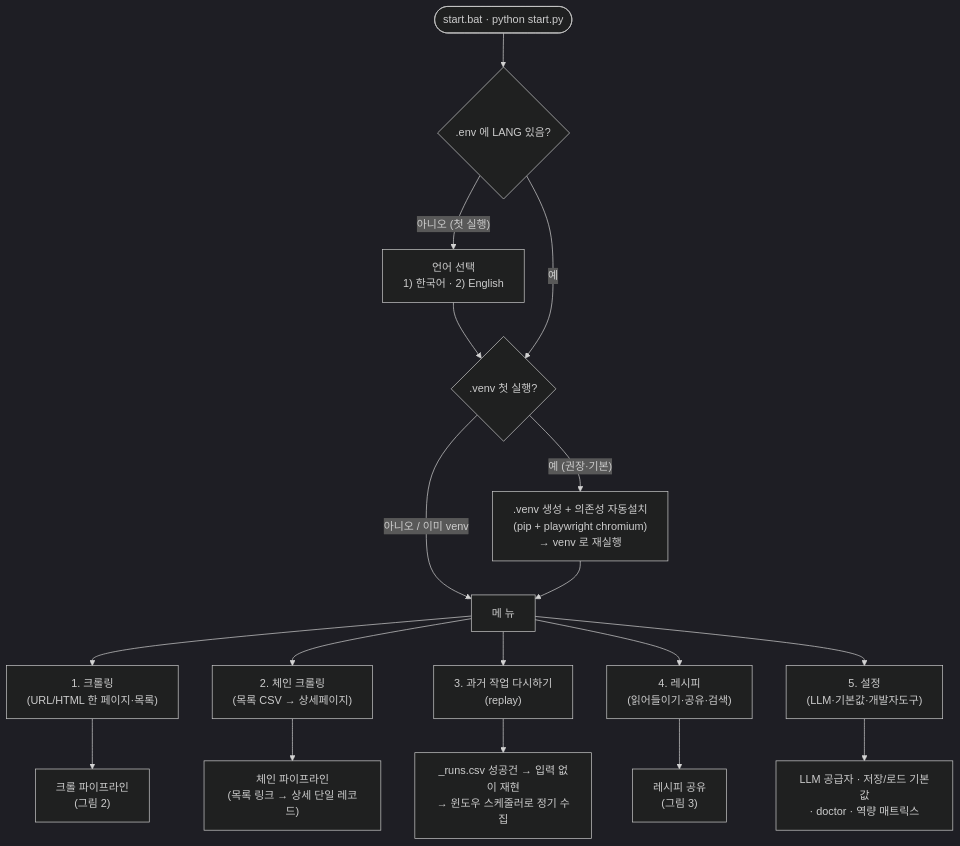
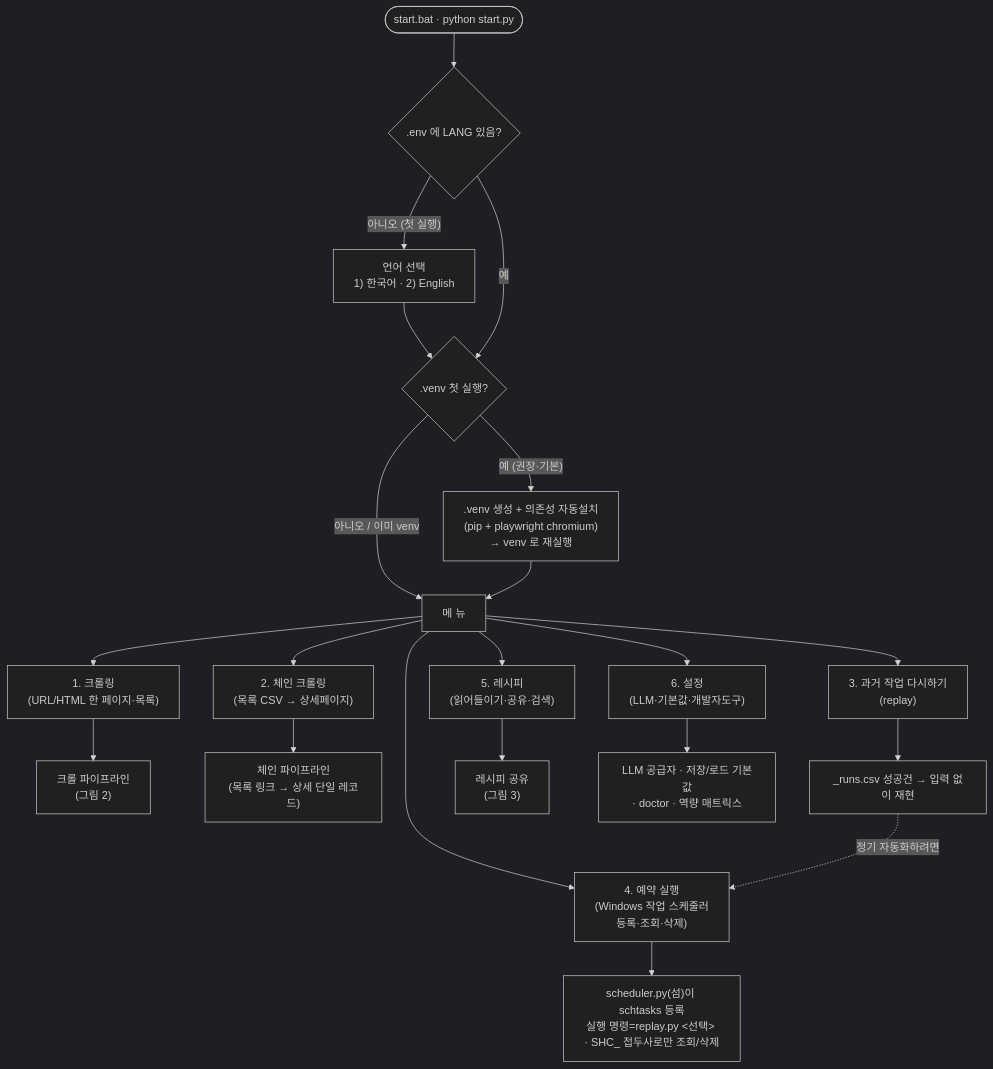
Before and after one commit to Basearchio/Sovereign-Scraper: the first of 5 diagrams in _internal/docs/flowchart.md, drawn with Mermaid (dark theme). The commit also changed 7 other files, not shown here.

````diff
--- a/_internal/docs/flowchart.md
+++ b/_internal/docs/flowchart.md
@@ -8,19 +8,22 @@
 ```mermaid
 flowchart TD
     Start(["start.bat · python start.py"]) --> Lang{".env 에 LANG 있음?"}
     Lang -- "아니오 (첫 실행)" --> AskLang["언어 선택<br/>1) 한국어 · 2) English"] --> Boot
     Lang -- "예" --> Boot{".venv 첫 실행?"}
     Boot -- "예 (권장·기본)" --> Venv[".venv 생성 + 의존성 자동설치<br/>(pip + playwright chromium)<br/>→ venv 로 재실행"]
     Boot -- "아니오 / 이미 venv" --> Menu["메 뉴"]
     Venv --> Menu
     Menu --> M1["1. 크롤링<br/>(URL/HTML 한 페이지·목록)"]
     Menu --> M2["2. 체인 크롤링<br/>(목록 CSV → 상세페이지)"]
     Menu --> M3["3. 과거 작업 다시하기<br/>(replay)"]
-    Menu --> M4["4. 레시피<br/>(읽어들이기·공유·검색)"]
-    Menu --> M5["5. 설정<br/>(LLM·기본값·개발자도구)"]
+    Menu --> M4["4. 예약 실행<br/>(Windows 작업 스케줄러<br/>등록·조회·삭제)"]
+    Menu --> M5["5. 레시피<br/>(읽어들이기·공유·검색)"]
+    Menu --> M6["6. 설정<br/>(LLM·기본값·개발자도구)"]
     M1 --> Crawl["크롤 파이프라인<br/>(그림 2)"]
     M2 --> Chain["체인 파이프라인<br/>(목록 링크 → 상세 단일 레코드)"]
-    M3 --> Replay["_runs.csv 성공건 → 입력 없이 재현<br/>→ 윈도우 스케줄러로 정기 수집"]
-    M4 --> Reg["레시피 공유<br/>(그림 3)"]
-    M5 --> Set["LLM 공급자 · 저장/로드 기본값<br/>· doctor · 역량 매트릭스"]
+    M3 --> Replay["_runs.csv 성공건 → 입력 없이 재현"]
+    M4 --> Sched["scheduler.py(섬)이 schtasks 등록<br/>실행 명령=replay.py <선택> · SHC_ 접두사로만 조회/삭제"]
+    Replay -. "정기 자동화하려면" .-> M4
+    M5 --> Reg["레시피 공유<br/>(그림 3)"]
+    M6 --> Set["LLM 공급자 · 저장/로드 기본값<br/>· doctor · 역량 매트릭스"]
 ```
````
